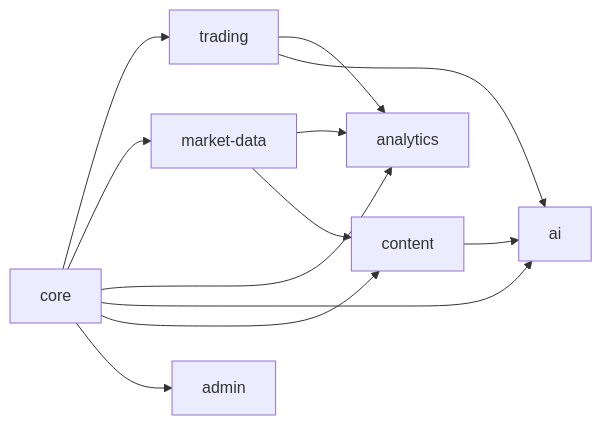
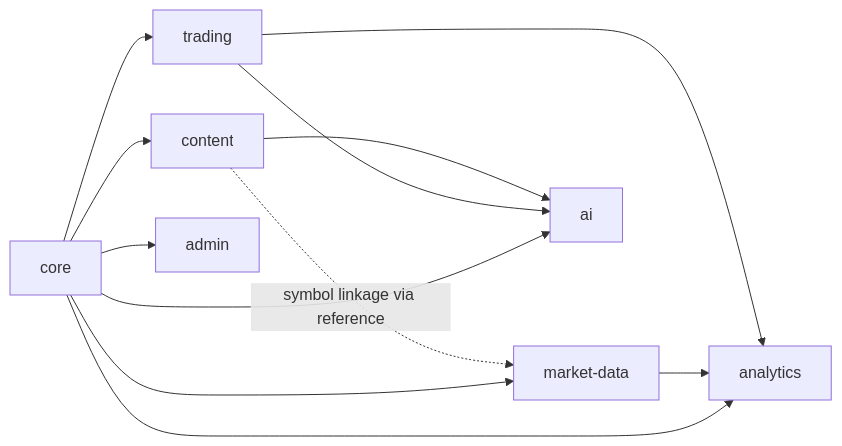
One commit to jovi20/tradingnoobs changed the second of 3 diagrams in docs/superpowers/specs/2026-04-06-platform-foundation-design.md. Above: the diagram before and after it, drawn with Mermaid. The commit also changed other lines of this file and 7 other files, not shown here.

Commit message:
docs: finalize architecture docs and retire obsolete test docs

````diff
--- a/docs/superpowers/specs/2026-04-06-platform-foundation-design.md
+++ b/docs/superpowers/specs/2026-04-06-platform-foundation-design.md
@@ -88,22 +90,22 @@
 ```mermaid
 flowchart LR
     CORE[core]
     TRADING[trading]
     MARKET[market-data]
     ANALYTICS[analytics]
     AI[ai]
     CONTENT[content]
     ADMIN[admin]
 
     CORE --> TRADING
     CORE --> MARKET
     CORE --> ANALYTICS
     CORE --> AI
     CORE --> CONTENT
     CORE --> ADMIN
     MARKET --> ANALYTICS
-    MARKET --> CONTENT
     TRADING --> ANALYTICS
     TRADING --> AI
     CONTENT --> AI
+    CONTENT -.->|symbol linkage via reference| MARKET
 ```
````
